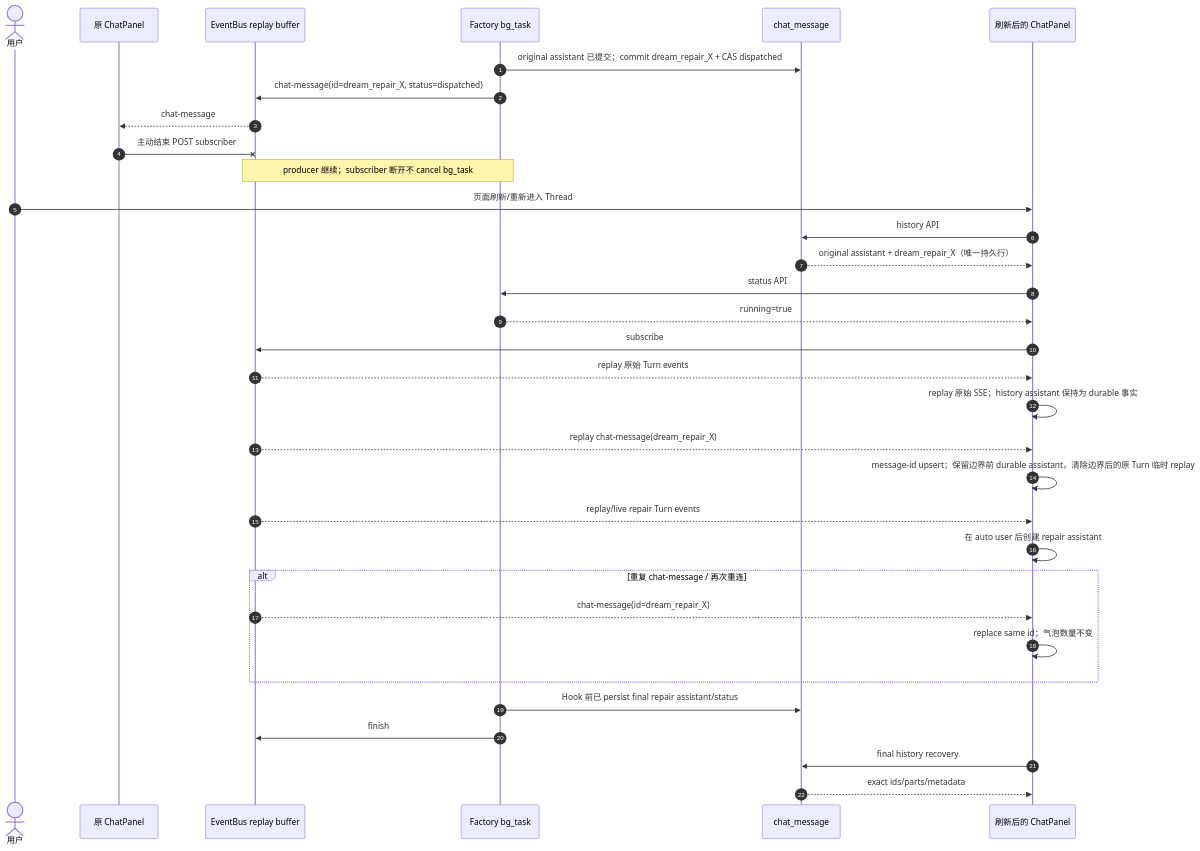
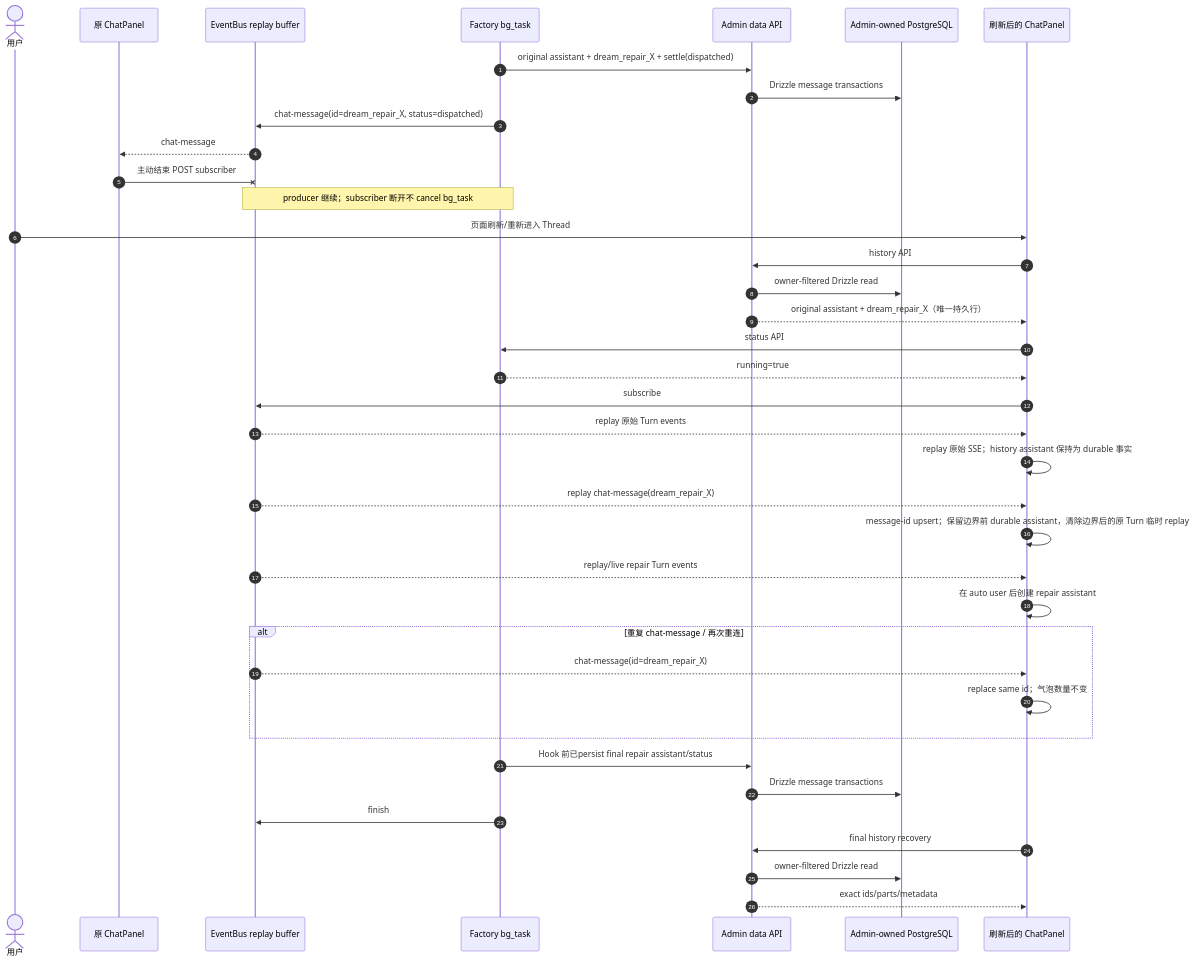
The fifth of 5 diagrams in docs/design/claude-agent/dream-workbench-auto-repair-sequence.md (glide-the/im-dream), drawn with Mermaid before and after one commit. The commit also changed other lines of this file and 16 other files, not shown here.

Commit message:
refactor(dream): move auto-repair persistence to Admin

````diff
--- a/docs/design/claude-agent/dream-workbench-auto-repair-sequence.md
+++ b/docs/design/claude-agent/dream-workbench-auto-repair-sequence.md
@@ -237,39 +254,44 @@
 ```mermaid
 sequenceDiagram
     autonumber
     actor User as 用户
     participant UI1 as 原 ChatPanel
     participant Bus as EventBus replay buffer
     participant Producer as Factory bg_task
-    participant DB as chat_message
+    participant Admin as Admin data API
+    participant DB as Admin-owned PostgreSQL
     participant UI2 as 刷新后的 ChatPanel
 
-    Producer->>DB: original assistant 已提交；commit dream_repair_X + CAS dispatched
+    Producer->>Admin: original assistant + dream_repair_X + settle(dispatched)
+    Admin->>DB: Drizzle message transactions
     Producer->>Bus: chat-message(id=dream_repair_X, status=dispatched)
     Bus-->>UI1: chat-message
     UI1-xBus: 主动结束 POST subscriber
     Note over Producer,Bus: producer 继续；subscriber 断开不 cancel bg_task
 
     User->>UI2: 页面刷新/重新进入 Thread
-    UI2->>DB: history API
-    DB-->>UI2: original assistant + dream_repair_X（唯一持久行）
+    UI2->>Admin: history API
+    Admin->>DB: owner-filtered Drizzle read
+    Admin-->>UI2: original assistant + dream_repair_X（唯一持久行）
     UI2->>Producer: status API
     Producer-->>UI2: running=true
     UI2->>Bus: subscribe
     Bus-->>UI2: replay 原始 Turn events
     UI2->>UI2: replay 原始 SSE；history assistant 保持为 durable 事实
     Bus-->>UI2: replay chat-message(dream_repair_X)
     UI2->>UI2: message-id upsert；保留边界前 durable assistant，清除边界后的原 Turn 临时 replay
     Bus-->>UI2: replay/live repair Turn events
     UI2->>UI2: 在 auto user 后创建 repair assistant
 
     alt 重复 chat-message / 再次重连
         Bus-->>UI2: chat-message(id=dream_repair_X)
         UI2->>UI2: replace same id；气泡数量不变
     end
 
-    Producer->>DB: Hook 前已 persist final repair assistant/status
+    Producer->>Admin: Hook 前已persist final repair assistant/status
+    Admin->>DB: Drizzle message transactions
     Producer->>Bus: finish
-    UI2->>DB: final history recovery
-    DB-->>UI2: exact ids/parts/metadata
+    UI2->>Admin: final history recovery
+    Admin->>DB: owner-filtered Drizzle read
+    Admin-->>UI2: exact ids/parts/metadata
 ```
````
